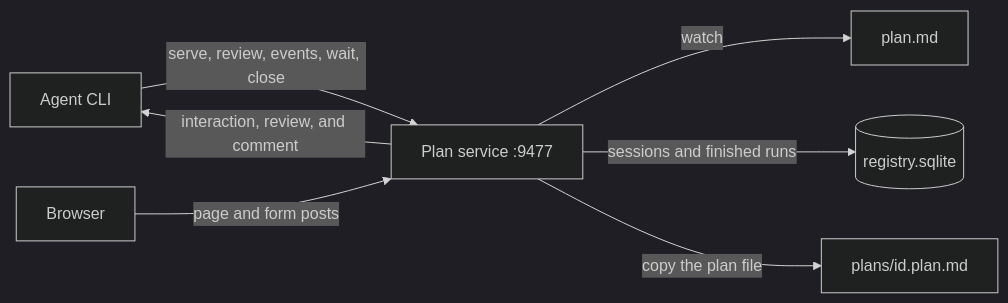
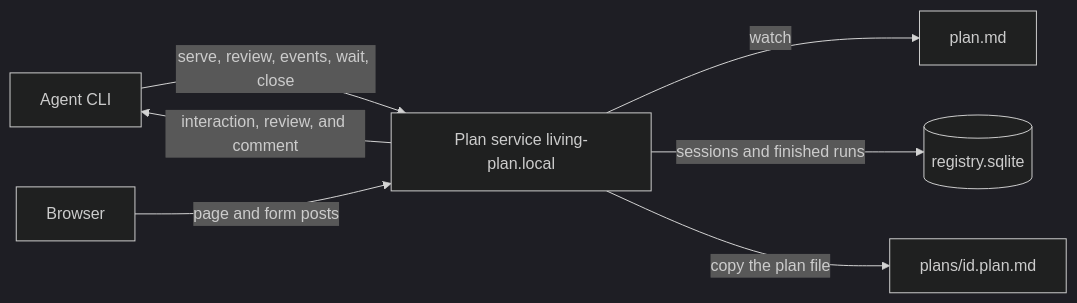
The first of 5 diagrams in docs/architecture/README.md (marco-calderon/visual-living-plan), drawn with Mermaid (dark theme) before and after one commit. The commit also changed other lines of this file and 13 other files, not shown here.

First line of the commit message:
Publish loopback plans at living-plan.local. (#20)

````diff
--- a/docs/architecture/README.md
+++ b/docs/architecture/README.md
@@ -11,16 +13,16 @@
 ```mermaid
 flowchart LR
   Agent["Agent CLI"]
   Browser["Browser"]
-  Service["Plan service :9477"]
+  Service["Plan service living-plan.local"]
   File["plan.md"]
   DB[("registry.sqlite")]
   Archive["plans/id.plan.md"]
 
   Agent -->|"serve, review, events, wait, close"| Service
   Browser -->|"page and form posts"| Service
   Service -->|"watch"| File
   Service -->|"sessions and finished runs"| DB
   Service -->|"copy the plan file"| Archive
   Service -->|"interaction, review, and comment"| Agent
 ```
````
